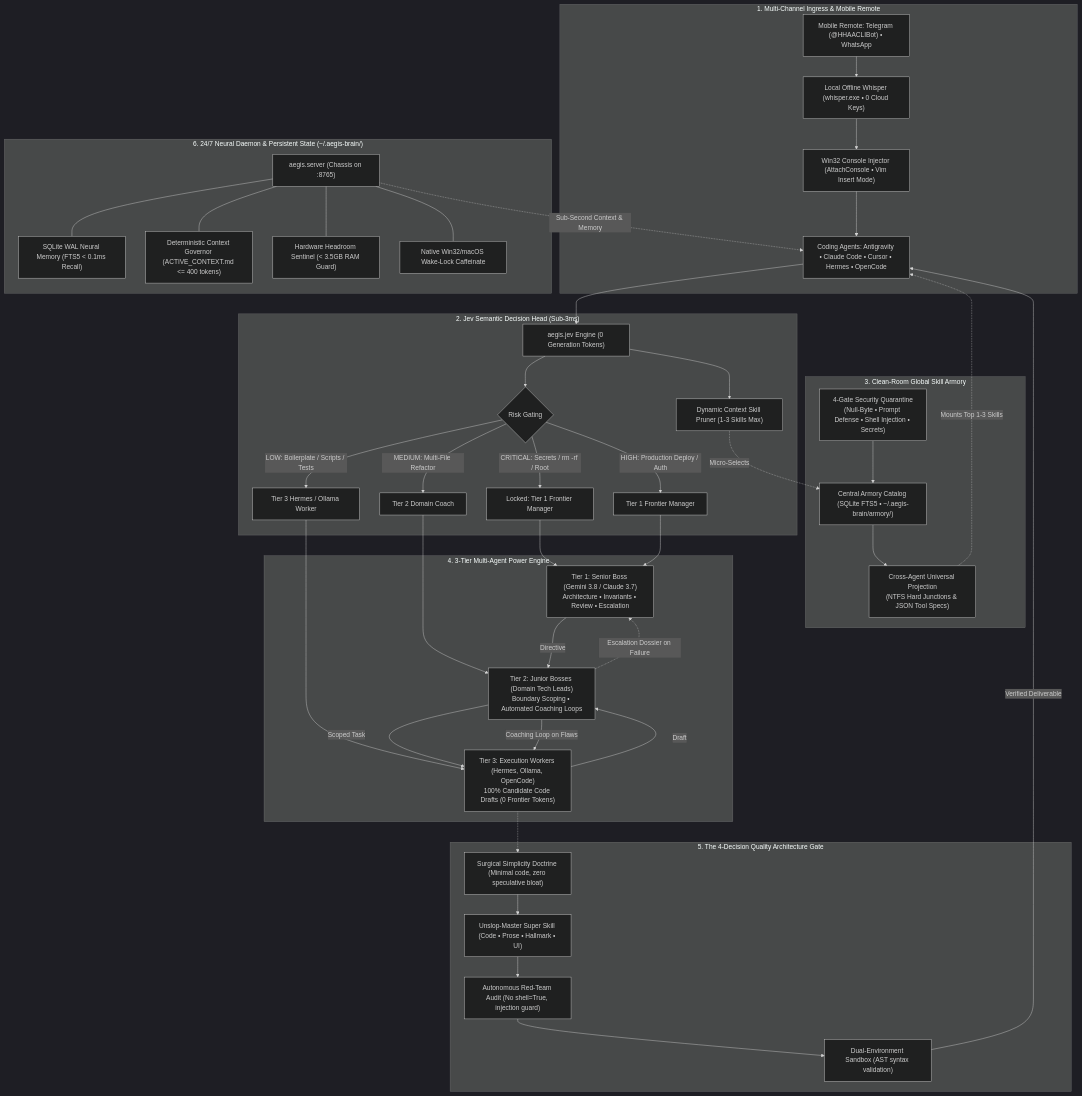
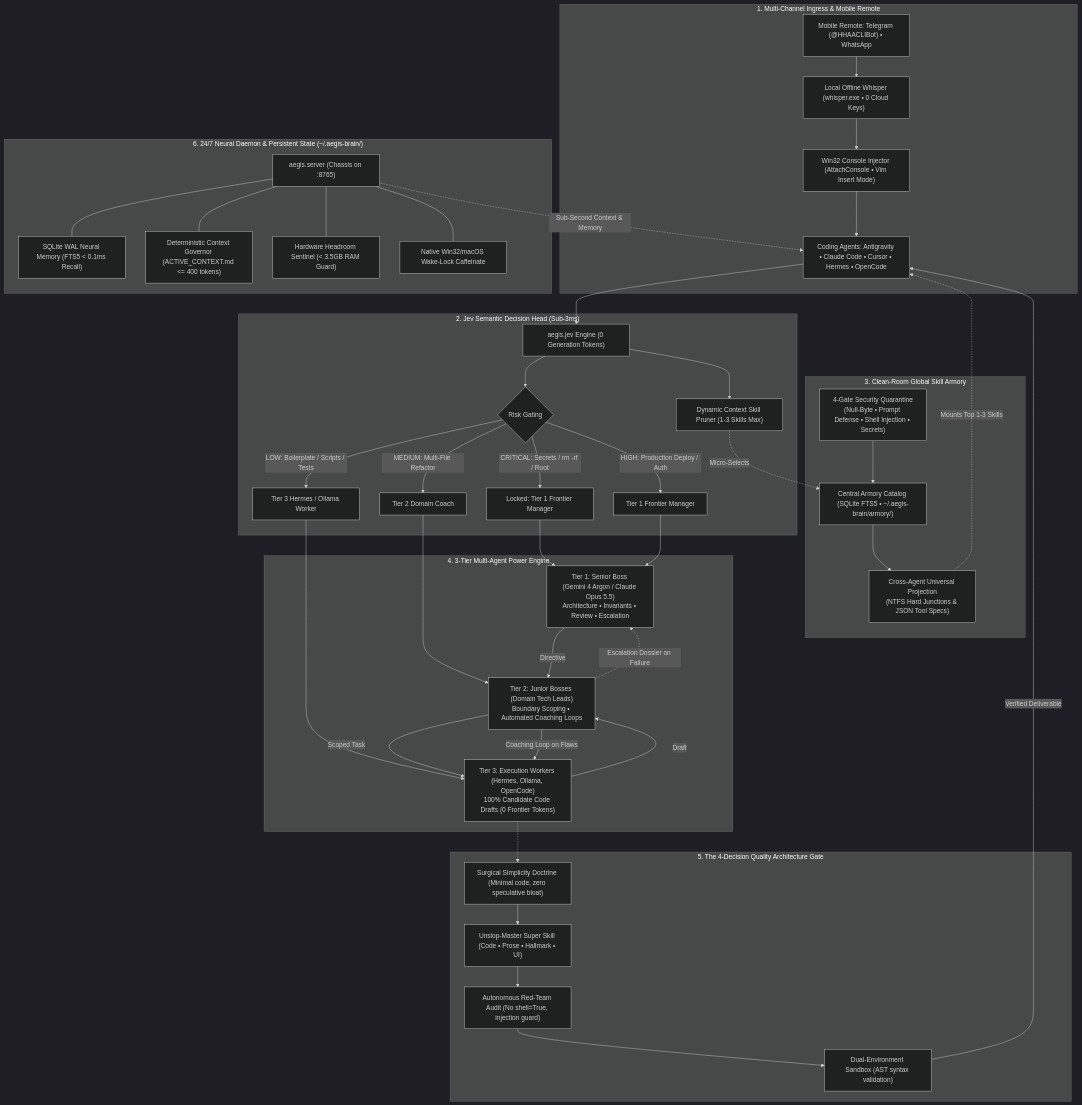
The first of 5 diagrams in README.md (PG300604/aegis-brain), drawn with Mermaid (dark theme) before and after one commit. The commit also changed other lines of this file and 2 other files, not shown here.

Commit message:
docs(models): upgrade frontier manager specs to Gemini 4 Argon/Carbon and Claude Opus 5.5/5.1 Fable across README and architecture diagrams

````diff
--- a/README.md
+++ b/README.md
@@ -61,75 +61,75 @@
 ```mermaid
 flowchart TD
     subgraph Ingestion ["1. Multi-Channel Ingress & Mobile Remote"]
         Agents["Coding Agents: Antigravity • Claude Code • Cursor • Hermes • OpenCode"]
         Phone["Mobile Remote: Telegram (@HHAACLIBot) • WhatsApp"]
         Whisper["Local Offline Whisper (whisper.exe • 0 Cloud Keys)"]
         Console["Win32 Console Injector (AttachConsole • Vim Insert Mode)"]
         Phone --> Whisper --> Console --> Agents
     end
 
     subgraph DecisionLayer ["2. Jev Semantic Decision Head (Sub-3ms)"]
         Jev["aegis.jev Engine (0 Generation Tokens)"]
         RiskGating{"Risk Gating"}
         ContextPrune["Dynamic Context Skill Pruner (1-3 Skills Max)"]
         
         RiskGating -->|CRITICAL: Secrets / rm -rf / Root| LockT1["Locked: Tier 1 Frontier Manager"]
         RiskGating -->|HIGH: Production Deploy / Auth| RouteT1["Tier 1 Frontier Manager"]
         RiskGating -->|MEDIUM: Multi-File Refactor| RouteT2["Tier 2 Domain Coach"]
         RiskGating -->|LOW: Boilerplate / Scripts / Tests| RouteT3["Tier 3 Hermes / Ollama Worker"]
         
         Jev --> RiskGating
         Jev --> ContextPrune
     end
 
     subgraph ArmoryLayer ["3. Clean-Room Global Skill Armory"]
         ArmoryDB["Central Armory Catalog (SQLite FTS5 • ~/.aegis-brain/armory/)"]
         Quarantine["4-Gate Security Quarantine<br/>(Null-Byte • Prompt Defense • Shell Injection • Secrets)"]
         Projection["Cross-Agent Universal Projection<br/>(NTFS Hard Junctions & JSON Tool Specs)"]
         
         Quarantine --> ArmoryDB --> Projection
         ContextPrune -.->|Micro-Selects| ArmoryDB
         Projection -.->|Mounts Top 1-3 Skills| Agents
     end
 
     subgraph PowerEngine ["4. 3-Tier Multi-Agent Power Engine"]
-        T1["Tier 1: Senior Boss (Gemini 3.8 / Claude 3.7)<br/>Architecture • Invariants • Review • Escalation"]
+        T1["Tier 1: Senior Boss (Gemini 4 Argon / Claude Opus 5.5)<br/>Architecture • Invariants • Review • Escalation"]
         T2["Tier 2: Junior Bosses (Domain Tech Leads)<br/>Boundary Scoping • Automated Coaching Loops"]
         T3["Tier 3: Execution Workers (Hermes, Ollama, OpenCode)<br/>100% Candidate Code Drafts (0 Frontier Tokens)"]
         
         LockT1 & RouteT1 --> T1
         RouteT2 --> T2
         RouteT3 --> T3
         T1 -->|Directive| T2
         T2 -->|Scoped Task| T3
         T3 -->|Draft| T2
         T2 -->|Coaching Loop on Flaws| T3
         T2 -.->|Escalation Dossier on Failure| T1
     end
 
     subgraph QualityGate ["5. The 4-Decision Quality Architecture Gate"]
         Q1["Surgical Simplicity Doctrine (Minimal code, zero speculative bloat)"]
         Q2["Unslop-Master Super Skill (Code • Prose • Hallmark • UI)"]
         Q3["Autonomous Red-Team Audit (No shell=True, injection guard)"]
         Q4["Dual-Environment Sandbox (AST syntax validation)"]
         
         T3 -.-> Q1 --> Q2 --> Q3 --> Q4
     end
 
     subgraph DaemonState ["6. 24/7 Neural Daemon & Persistent State (~/.aegis-brain/)"]
         Daemon["aegis.server (Chassis on :8765)"]
         WAL["SQLite WAL Neural Memory (FTS5 < 0.1ms Recall)"]
         Gov["Deterministic Context Governor (ACTIVE_CONTEXT.md <= 400 tokens)"]
         Sentinel["Hardware Headroom Sentinel (< 3.5GB RAM Guard)"]
         Caff["Native Win32/macOS Wake-Lock Caffeinate"]
         
         Daemon --- WAL
         Daemon --- Gov
         Daemon --- Sentinel
         Daemon --- Caff
     end
 
     Agents --> Jev
     Q4 -->|Verified Deliverable| Agents
     Daemon -.->|Sub-Second Context & Memory| Agents
 ```
````
